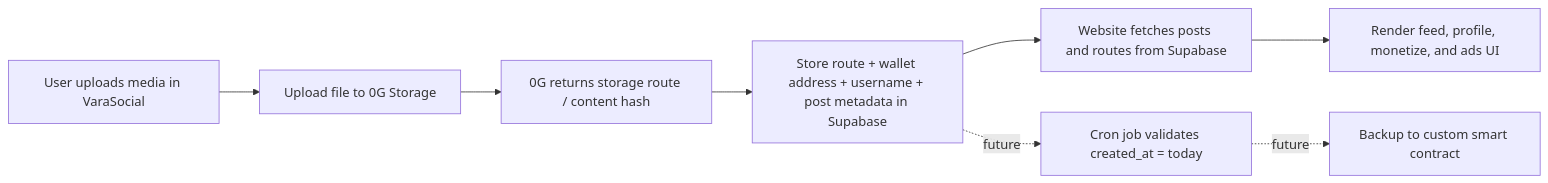
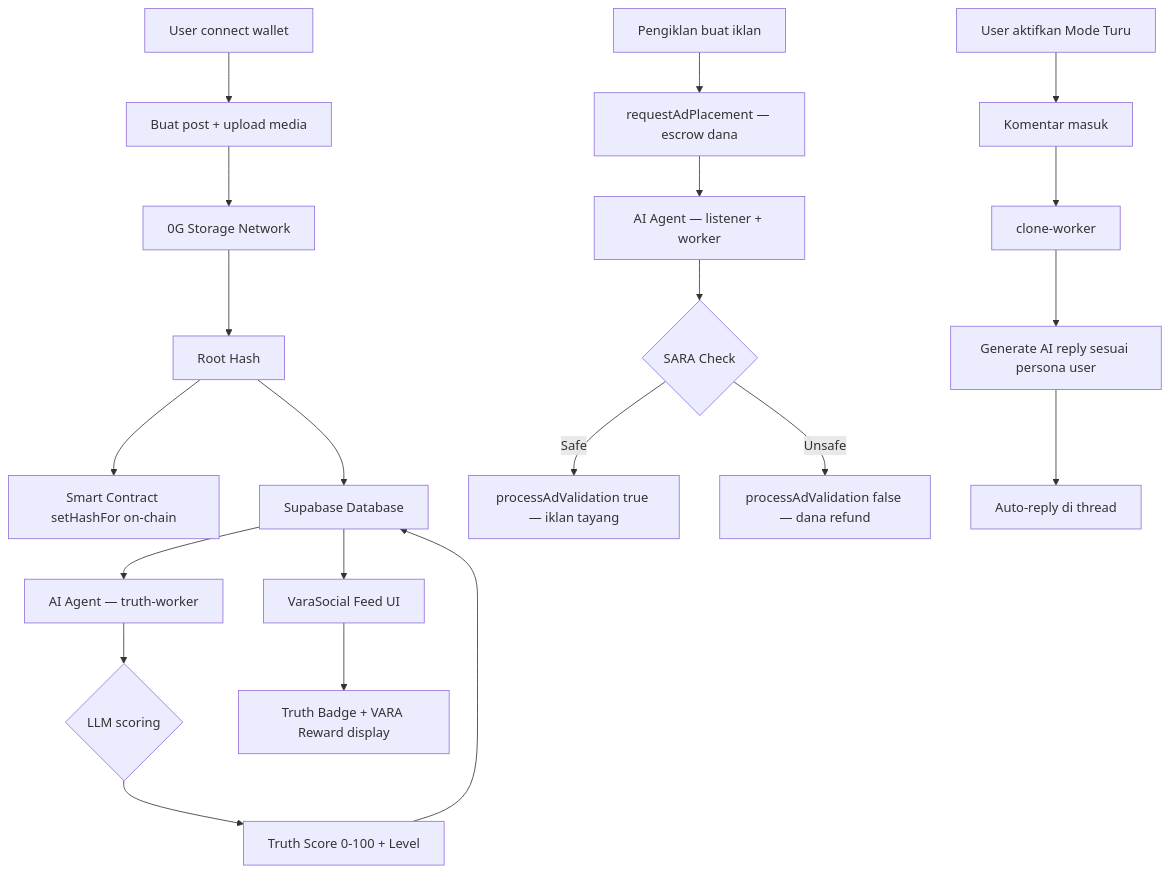
Before and after one commit to artomily/varasocial: the diagram in README.md, drawn with Mermaid. The commit also changed other lines of this file and 7 other files, not shown here.

Commit message:
- add test-cast (testing contract use cli) - add sync scheduler in ai-agent - adjust readme.md

````diff
--- a/README.md
+++ b/README.md
@@ -84,10 +144,25 @@
 ```mermaid
-flowchart LR
-  A[User uploads media in VaraSocial] --> B[Upload file to 0G Storage]
-  B --> C[0G returns storage route / content hash]
-  C --> D[Store route + wallet address + username + post metadata in Supabase]
-  D --> E[Website fetches posts and routes from Supabase]
-  E --> F[Render feed, profile, monetize, and ads UI]
-  D -. future .-> G[Cron job validates created_at = today]
-  G -. future .-> H[Backup to custom smart contract]
+flowchart TD
+  A[User connect wallet] --> B[Buat post + upload media]
+  B --> C[0G Storage Network]
+  C --> D[Root Hash]
+  D --> E[Smart Contract setHashFor on-chain]
+  D --> F[Supabase Database]
+  F --> G[AI Agent — truth-worker]
+  G --> H{LLM scoring}
+  H --> I[Truth Score 0-100 + Level]
+  I --> F
+  F --> J[VaraSocial Feed UI]
+  J --> K[Truth Badge + VARA Reward display]
+
+  L[Pengiklan buat iklan] --> M[requestAdPlacement — escrow dana]
+  M --> N[AI Agent — listener + worker]
+  N --> O{SARA Check}
+  O -->|Safe| P[processAdValidation true — iklan tayang]
+  O -->|Unsafe| Q[processAdValidation false — dana refund]
+
+  R[User aktifkan Mode Turu] --> S[Komentar masuk]
+  S --> T[clone-worker]
+  T --> U[Generate AI reply sesuai persona user]
+  U --> V[Auto-reply di thread]
 ```
````
